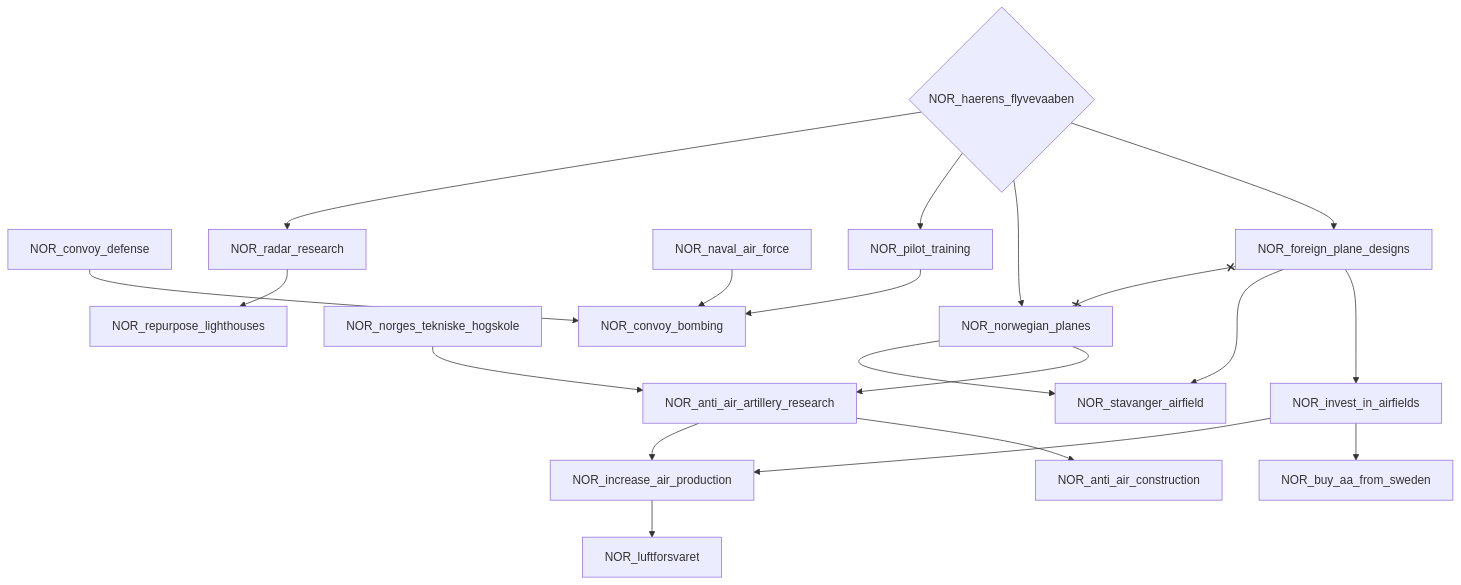
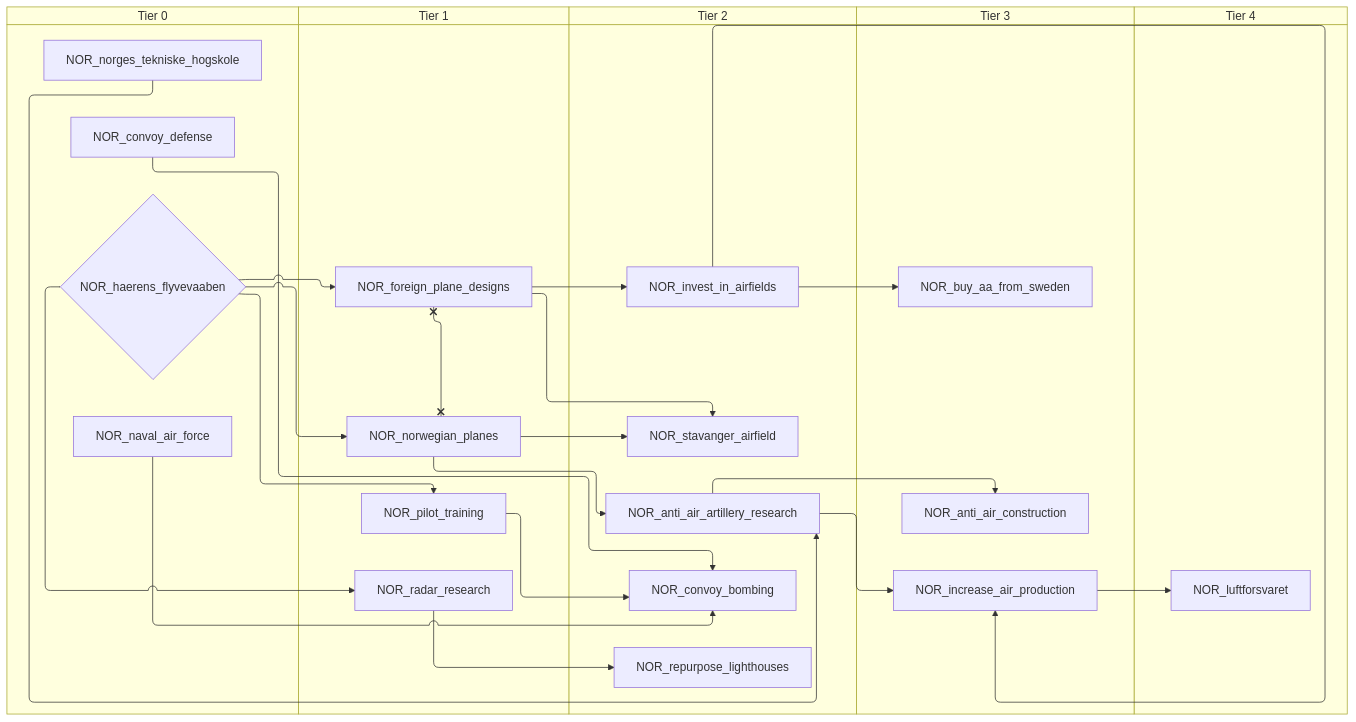
Before and after one commit to evgeny-sobol/hoi4-sandbox-mode: the fourth of 8 diagrams in docs/gdd/National Focuses/norway.md, drawn with Mermaid. The commit also changed other lines of this file and 80 other files, not shown here.

First line of the commit message:
Add swimlane mode to focus graph exporter

````diff
--- a/docs/gdd/National Focuses/norway.md
+++ b/docs/gdd/National Focuses/norway.md
@@ -249,39 +299,49 @@
 ```mermaid
-flowchart TD
-    n41["NOR_anti_air_artillery_research"]
-    n42["NOR_anti_air_construction"]
-    n94["NOR_buy_aa_from_sweden"]
-    n95["NOR_convoy_bombing"]
-    n96["NOR_convoy_defense"]
-    n97["NOR_foreign_plane_designs"]
-    n98{"NOR_haerens_flyvevaaben"}
-    n51["NOR_increase_air_production"]
-    n53["NOR_invest_in_airfields"]
-    n54["NOR_luftforsvaret"]
-    n99["NOR_naval_air_force"]
-    n55["NOR_norges_tekniske_hogskole"]
-    n56["NOR_norwegian_planes"]
-    n100["NOR_pilot_training"]
-    n101["NOR_radar_research"]
-    n102["NOR_repurpose_lighthouses"]
-    n103["NOR_stavanger_airfield"]
-    n56 --> n41
-    n55 --> n41
-    n41 --> n42
-    n53 --> n94
-    n99 --> n95
-    n96 --> n95
-    n100 --> n95
-    n98 --> n97
-    n41 --> n51
-    n53 --> n51
-    n97 --> n53
-    n51 --> n54
-    n98 --> n56
+swimlane-beta TD
+    subgraph tier_0["Tier 0"]
+        n94["NOR_convoy_defense"]
+        n95{"NOR_haerens_flyvevaaben"}
+        n96["NOR_naval_air_force"]
+        n45["NOR_norges_tekniske_hogskole"]
+    end
+    subgraph tier_1["Tier 1"]
+        n97["NOR_foreign_plane_designs"]
+        n43["NOR_norwegian_planes"]
+        n98["NOR_pilot_training"]
+        n99["NOR_radar_research"]
+    end
+    subgraph tier_2["Tier 2"]
+        n47["NOR_anti_air_artillery_research"]
+        n100["NOR_convoy_bombing"]
+        n42["NOR_invest_in_airfields"]
+        n101["NOR_repurpose_lighthouses"]
+        n102["NOR_stavanger_airfield"]
+    end
+    subgraph tier_3["Tier 3"]
+        n53["NOR_anti_air_construction"]
+        n103["NOR_buy_aa_from_sweden"]
+        n55["NOR_increase_air_production"]
+    end
+    subgraph tier_4["Tier 4"]
+        n58["NOR_luftforsvaret"]
+    end
+    n43 --> n47
+    n45 --> n47
+    n47 --> n53
+    n42 --> n103
+    n96 --> n100
+    n94 --> n100
     n98 --> n100
-    n98 --> n101
-    n101 --> n102
-    n56 --> n103
-    n97 --> n103
-    n97 x--x n56
+    n95 --> n97
+    n47 --> n55
+    n42 --> n55
+    n97 --> n42
+    n55 --> n58
+    n95 --> n43
+    n95 --> n98
+    n95 --> n99
+    n99 --> n101
+    n43 --> n102
+    n97 --> n102
+    n97 x--x n43
 ```
````
